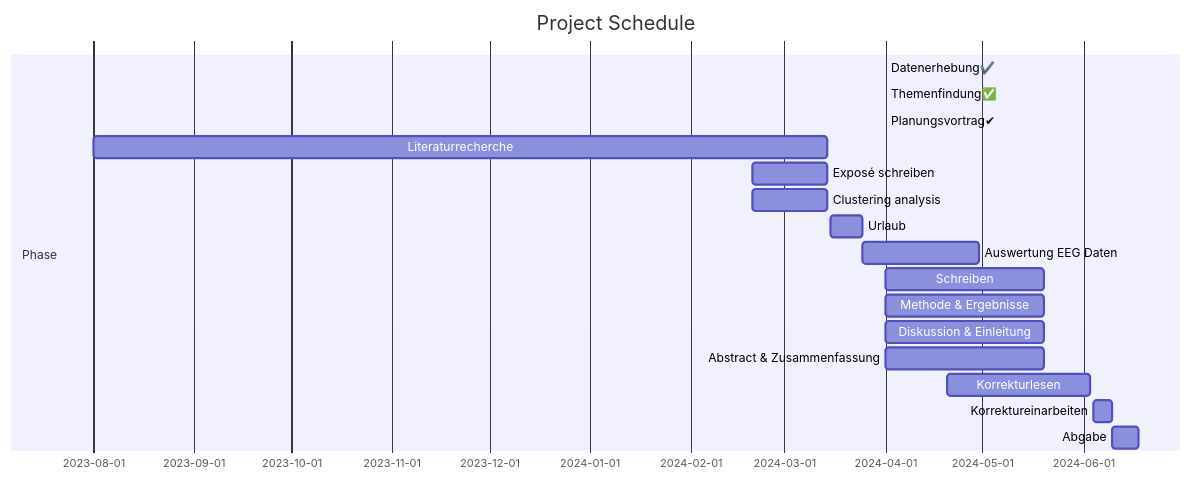
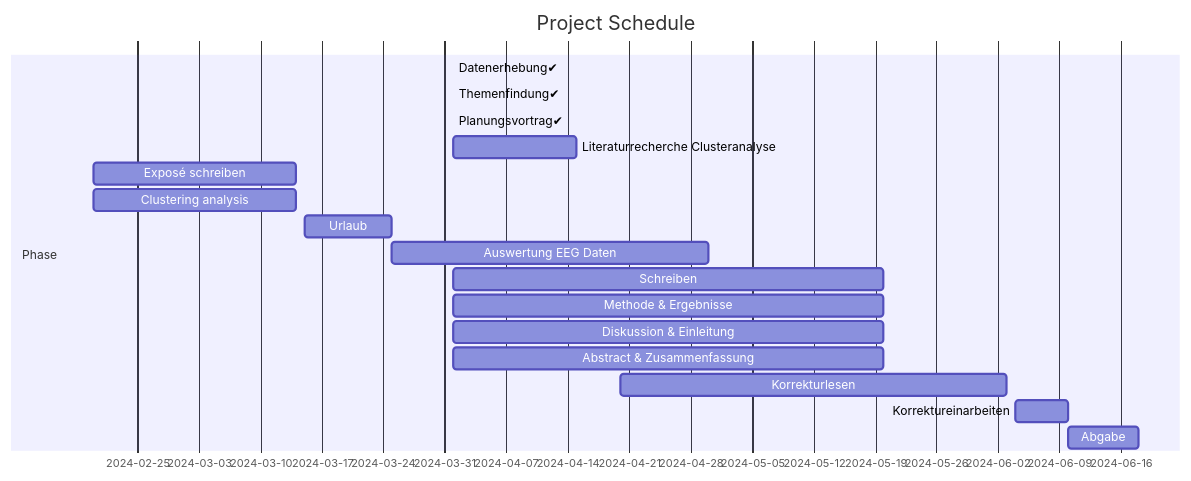
One commit to JankaMarlene/masters_thesis changed the diagram in README.md. Above: the diagram before and after it, drawn with Mermaid.

````diff
--- a/README.md
+++ b/README.md
@@ -8,22 +8,22 @@
 ```mermaid
 gantt
     title Project Schedule
     dateFormat YYYY-MM-DD
 
     section Phase
-    Datenerhebung✔️            : 2024-04-01, 2024-04-01
-    Themenfindung✅            : 2024-04-01, 2024-04-01
-    Planungsvortrag✔           : 2024-04-01, 2024-04-01
-    Literaturrecherche         : 2023-08-01, 2024-03-14
+    Datenerhebung✔            : 2024-04-01, 2024-04-01
+    Themenfindung✔            : 2024-04-01, 2024-04-01
+    Planungsvortrag✔          : 2024-04-01, 2024-04-01
+    Literaturrecherche Clusteranalyse : 2024-04-01, 2024-04-15
     Exposé schreiben           : 2024-02-20, 2024-03-14
     Clustering analysis        : 2024-02-20, 2024-03-14
     Urlaub                     : 2024-03-15, 2024-03-25
     Auswertung EEG Daten       : 2024-03-25, 2024-04-30
     Schreiben                  : 2024-04-01, 2024-05-20
     Methode & Ergebnisse       : 2024-04-01, 2024-05-20
     Diskussion & Einleitung    : 2024-04-01, 2024-05-20
     Abstract & Zusammenfassung : 2024-04-01, 2024-05-20
     Korrekturlesen             : 2024-04-20, 2024-06-03
     Korrektureinarbeiten       : 2024-06-04, 2024-06-10           
     Abgabe                     : 2024-06-10, 2024-06-18
 ```
````
